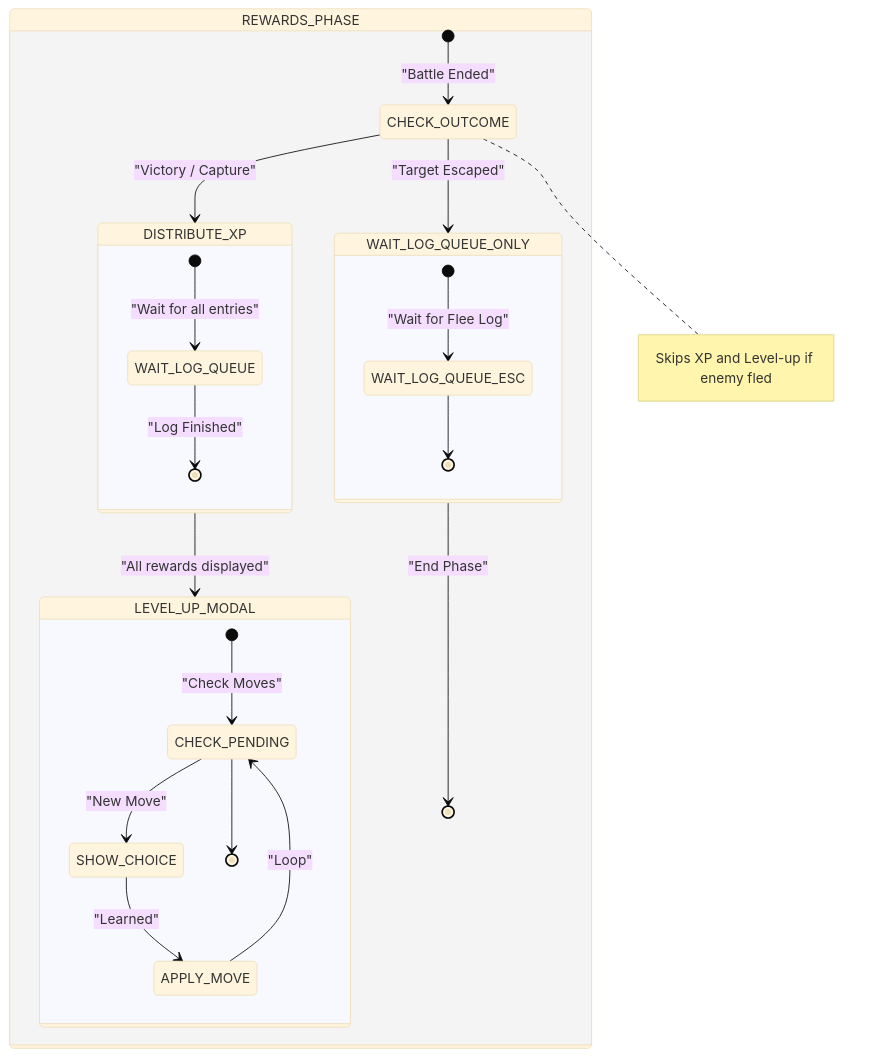
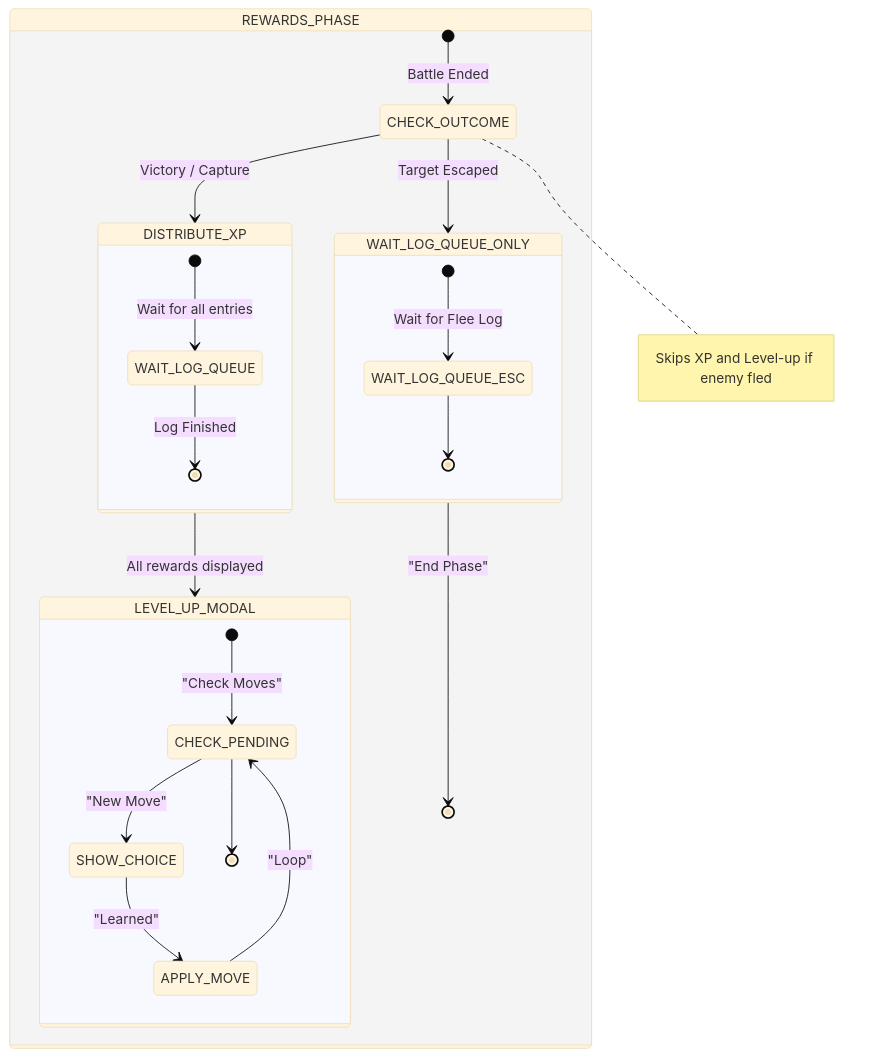
The tenth of 18 diagrams in .agents/skills/project-standards/references/battle/battle_mechanics_manual.md (Darkham77/PokeBorrador), drawn with Mermaid (base theme) before and after one commit. The commit also changed other lines of this file and 43 other files, not shown here.

````diff
--- a/.agents/skills/project-standards/references/battle/battle_mechanics_manual.md
+++ b/.agents/skills/project-standards/references/battle/battle_mechanics_manual.md
@@ -558,34 +594,34 @@
 ```mermaid
 stateDiagram-v2
     state REWARDS_PHASE {
-        [*] --> CHECK_OUTCOME: "Battle Ended"
+        [*] --> CHECK_OUTCOME : Battle Ended
         state CHECK_OUTCOME <<choice>>
         
-        CHECK_OUTCOME --> DISTRIBUTE_XP: "Victory / Capture"
-        CHECK_OUTCOME --> WAIT_LOG_QUEUE_ONLY: "Target Escaped"
+        CHECK_OUTCOME --> DISTRIBUTE_XP : Victory / Capture
+        CHECK_OUTCOME --> WAIT_LOG_QUEUE_ONLY : Target Escaped
         
         state WAIT_LOG_QUEUE_ONLY {
-            [*] --> WAIT_LOG_QUEUE_ESC: "Wait for Flee Log"
+            [*] --> WAIT_LOG_QUEUE_ESC : Wait for Flee Log
             WAIT_LOG_QUEUE_ESC --> [*]
         }
         
         state DISTRIBUTE_XP {
-            [*] --> WAIT_LOG_QUEUE: "Wait for all entries"
-            WAIT_LOG_QUEUE --> [*]: "Log Finished"
+            [*] --> WAIT_LOG_QUEUE : Wait for all entries
+            WAIT_LOG_QUEUE --> [*] : Log Finished
         }
         
-        DISTRIBUTE_XP --> LEVEL_UP_MODAL: "All rewards displayed"
+        DISTRIBUTE_XP --> LEVEL_UP_MODAL : All rewards displayed
         
         state LEVEL_UP_MODAL {
             [*] --> CHECK_PENDING: "Check Moves"
             CHECK_PENDING --> SHOW_CHOICE: "New Move"
             SHOW_CHOICE --> APPLY_MOVE: "Learned"
             APPLY_MOVE --> CHECK_PENDING: "Loop"
             CHECK_PENDING --> [*]
         }
         
         WAIT_LOG_QUEUE_ONLY --> [*]: "End Phase"
     }
     
     note right of CHECK_OUTCOME: Skips XP and Level-up if enemy fled
 ```
````
